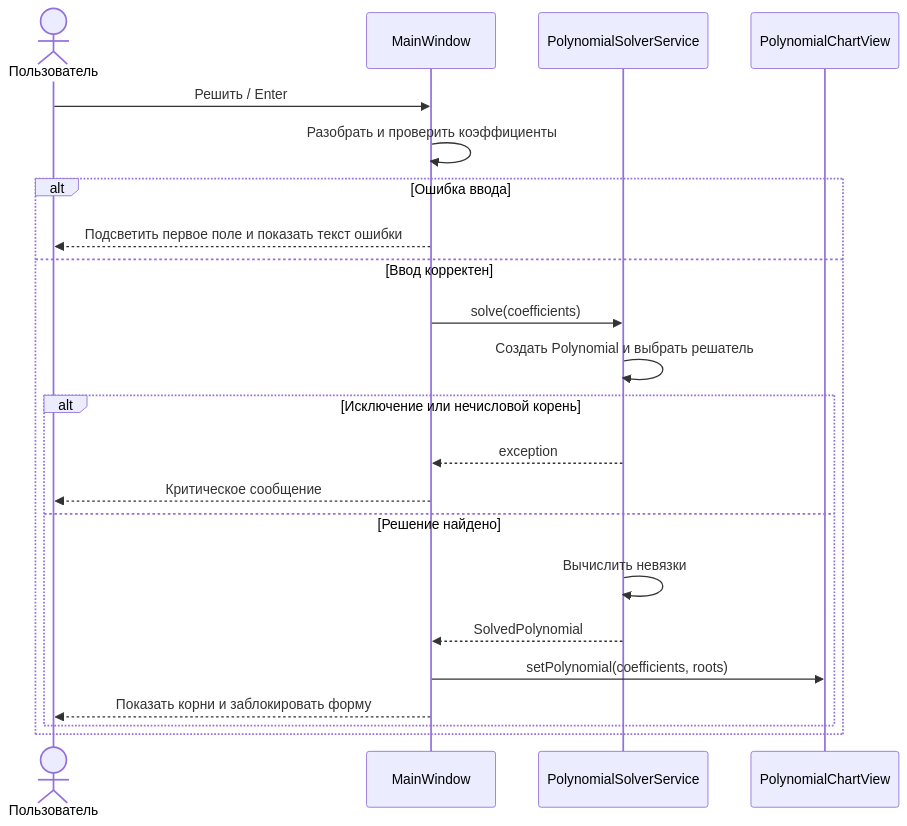
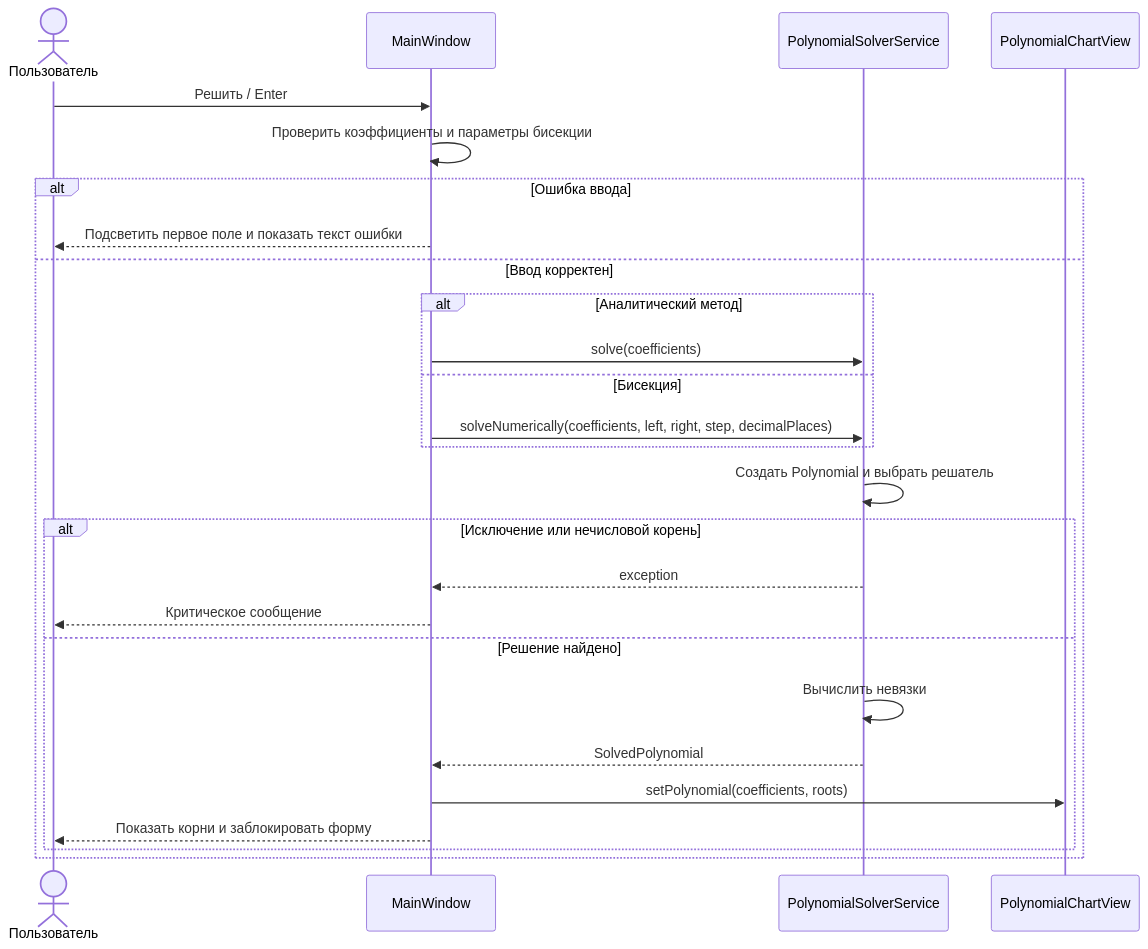
One commit to Modi663/PolynomialSolver changed the second of 3 diagrams in README.md. Above: the diagram before and after it, drawn with Mermaid. The commit also changed other lines of this file, not shown here.

Commit message:
docs: описать настройки и ограничения бисекции

````diff
--- a/README.md
+++ b/README.md
@@ -137,25 +144,29 @@
 ```mermaid
 sequenceDiagram
     actor User as Пользователь
     participant UI as MainWindow
     participant Core as PolynomialSolverService
     participant Chart as PolynomialChartView
 
     User->>UI: Решить / Enter
-    UI->>UI: Разобрать и проверить коэффициенты
+    UI->>UI: Проверить коэффициенты и параметры бисекции
     alt Ошибка ввода
         UI-->>User: Подсветить первое поле и показать текст ошибки
     else Ввод корректен
-        UI->>Core: solve(coefficients)
+        alt Аналитический метод
+            UI->>Core: solve(coefficients)
+        else Бисекция
+            UI->>Core: solveNumerically(coefficients, left, right, step, decimalPlaces)
+        end
         Core->>Core: Создать Polynomial и выбрать решатель
         alt Исключение или нечисловой корень
             Core-->>UI: exception
             UI-->>User: Критическое сообщение
         else Решение найдено
             Core->>Core: Вычислить невязки
             Core-->>UI: SolvedPolynomial
             UI->>Chart: setPolynomial(coefficients, roots)
             UI-->>User: Показать корни и заблокировать форму
         end
     end
 ```
````
